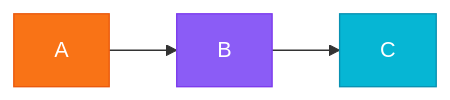
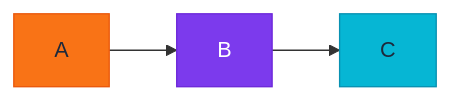
Before and after one commit to tech-leads-club/agent-skills: the third of 6 diagrams in packages/skills-catalog/skills/(tooling)/mermaid-studio/references/themes.md, drawn with Mermaid. The commit also changed other lines of this file and 6 other files, not shown here.

First line of the commit message:
fix(skills-catalog): ensure readable mermaid light palettes

````diff
--- a/packages/skills-catalog/skills/(tooling)/mermaid-studio/references/themes.md
+++ b/packages/skills-catalog/skills/(tooling)/mermaid-studio/references/themes.md
@@ -190,7 +216,7 @@
 ```mermaid
 flowchart LR
     A --> B --> C
-    style A fill:#f97316,stroke:#ea580c,color:#fff
-    style B fill:#8b5cf6,stroke:#7c3aed,color:#fff
-    style C fill:#06b6d4,stroke:#0891b2,color:#fff
+    style A fill:#f97316,stroke:#ea580c,color:#1e293b
+    style B fill:#7c3aed,stroke:#6d28d9,color:#fff
+    style C fill:#06b6d4,stroke:#0891b2,color:#1e293b
 ```
````
